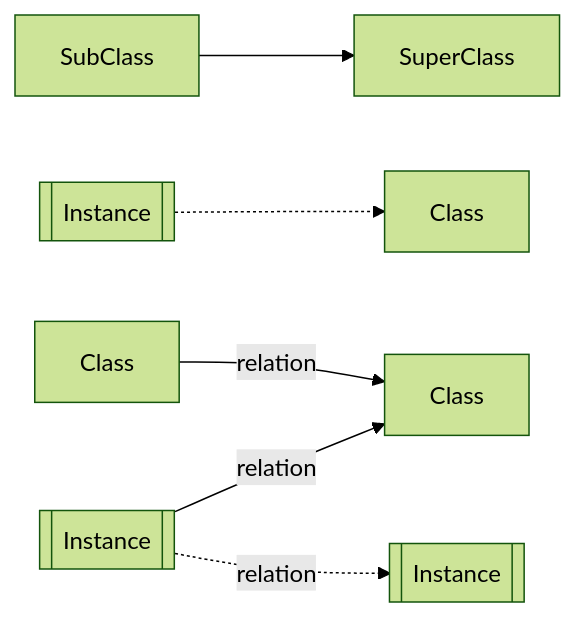
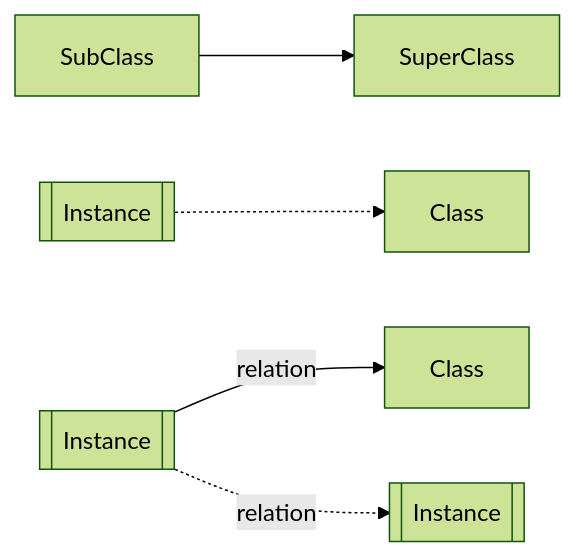
One commit to cambridge-cares/TheWorldAvatar changed the second of 13 diagrams in JPS_Ontology/ontology/ontowastemanagement/README.md. Above: the diagram before and after it, drawn with Mermaid (forest theme). The commit also changed other lines of this file and 2 other files, not shown here.

````diff
--- a/JPS_Ontology/ontology/ontowastemanagement/README.md
+++ b/JPS_Ontology/ontology/ontowastemanagement/README.md
@@ -43,8 +43,7 @@
 ```mermaid
 flowchart LR
     subclass[SubClass] --> superclass[SuperClass]
     instance[[Instance]] -.-> clazz[Class]
-    domainClazz[Class] -- relation --> rangeClazz[Class]
     domainInst[[Instance]] -- relation --> rangeClazz[Class]
     domainInst -. relation .-> rangeInst[[Instance]]
 ```
````
